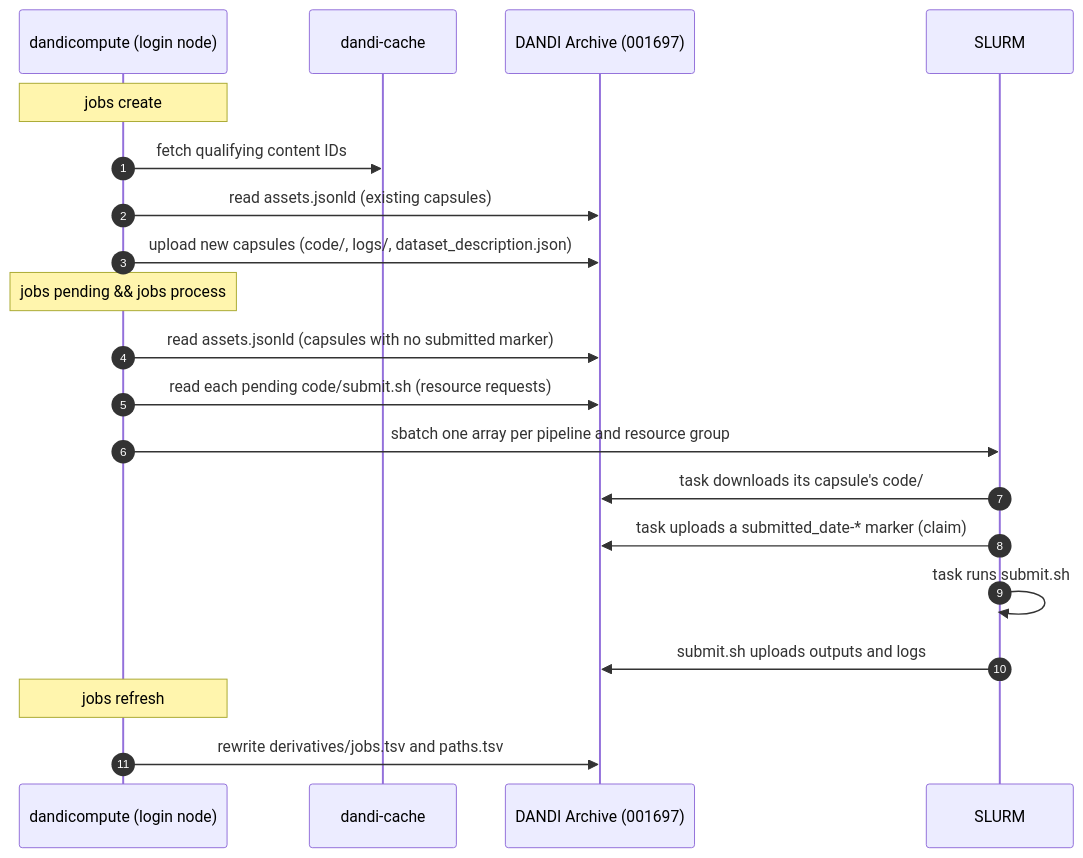
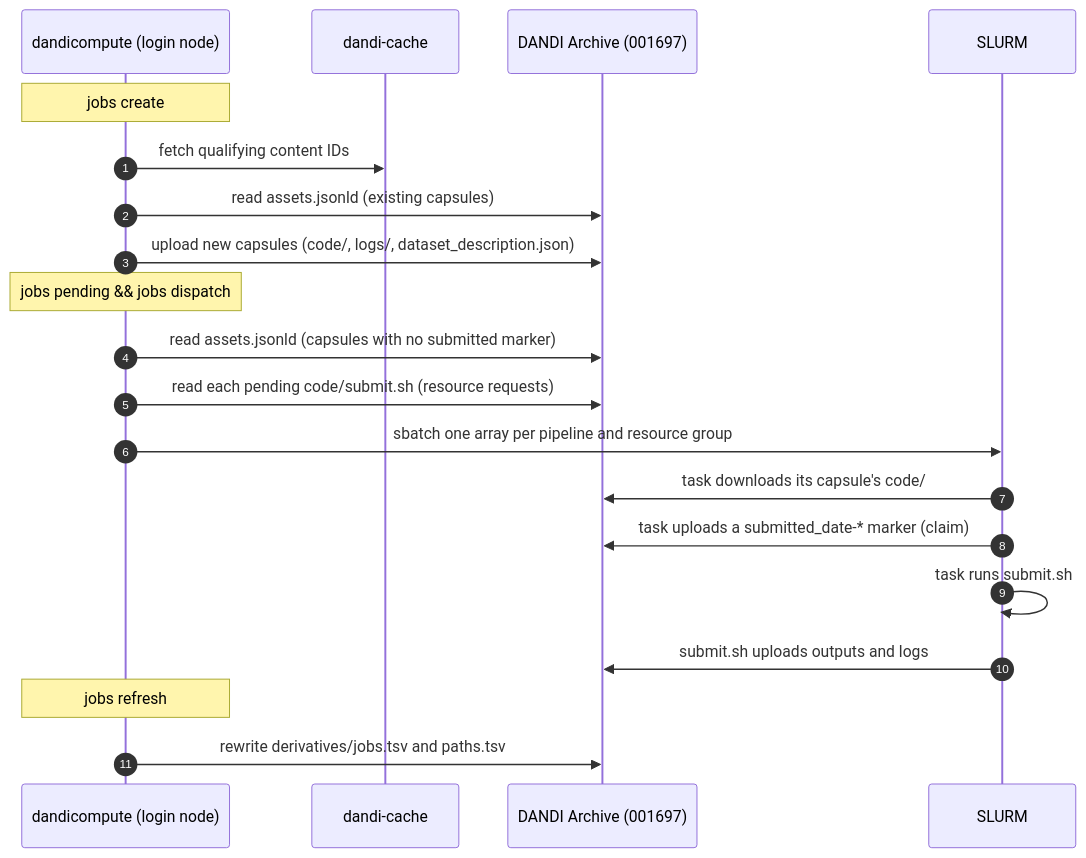
Before and after one commit to dandi-compute/dandi-compute-core: the second of 2 diagrams in docs/overview.md, drawn with Mermaid. The commit also changed 7 other files, not shown here.

First line of the commit message:
Renamed `dandicompute jobs process` to `dandicompute jobs dispatch`

````diff
--- a/docs/overview.md
+++ b/docs/overview.md
@@ -72,26 +72,26 @@
 ```mermaid
 sequenceDiagram
     autonumber
     participant CLI as dandicompute (login node)
     participant Cache as dandi-cache
     participant DANDI as DANDI Archive (001697)
     participant SLURM
 
     Note over CLI: jobs create
     CLI->>Cache: fetch qualifying content IDs
     CLI->>DANDI: read assets.jsonld (existing capsules)
     CLI->>DANDI: upload new capsules (code/, logs/, dataset_description.json)
 
-    Note over CLI: jobs pending && jobs process
+    Note over CLI: jobs pending && jobs dispatch
     CLI->>DANDI: read assets.jsonld (capsules with no submitted marker)
     CLI->>DANDI: read each pending code/submit.sh (resource requests)
     CLI->>SLURM: sbatch one array per pipeline and resource group
 
     SLURM->>DANDI: task downloads its capsule's code/
     SLURM->>DANDI: task uploads a submitted_date-* marker (claim)
     SLURM->>SLURM: task runs submit.sh
     SLURM->>DANDI: submit.sh uploads outputs and logs
 
     Note over CLI: jobs refresh
     CLI->>DANDI: rewrite derivatives/jobs.tsv and paths.tsv
 ```
````
